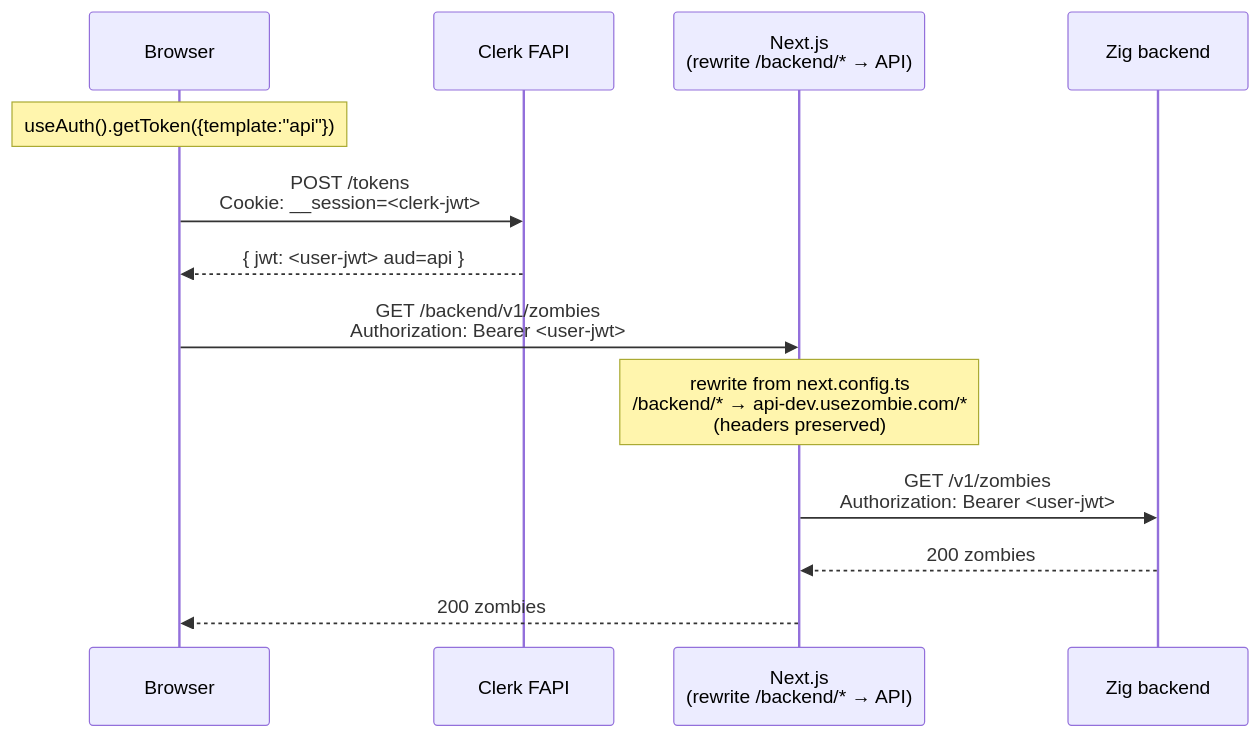
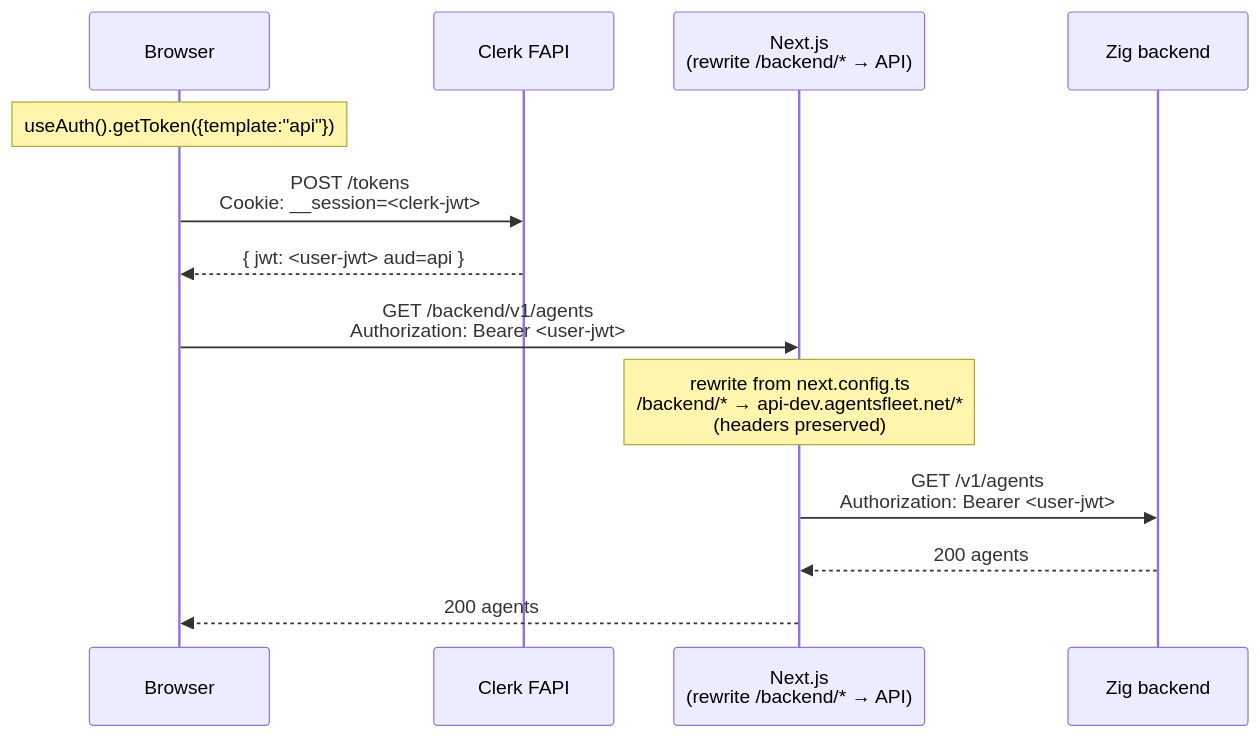
Before and after one commit to agentsfleet/agentsfleet: the second of 9 diagrams in docs/AUTH.md, drawn with Mermaid. The commit also changed other lines of this file and 209 other files, not shown here.

````diff
--- a/docs/AUTH.md
+++ b/docs/AUTH.md
@@ -156,17 +156,17 @@
 ```mermaid
 sequenceDiagram
     participant Browser
     participant Clerk as Clerk FAPI
     participant Next as Next.js<br/>(rewrite /backend/* → API)
     participant API as Zig backend
 
     Note over Browser: useAuth().getToken({template:"api"})
     Browser->>Clerk: POST /tokens<br/>Cookie: __session=<clerk-jwt>
     Clerk-->>Browser: { jwt: <user-jwt> aud=api }
 
-    Browser->>Next: GET /backend/v1/zombies<br/>Authorization: Bearer <user-jwt>
-    Note over Next: rewrite from next.config.ts<br/>/backend/* → api-dev.usezombie.com/*<br/>(headers preserved)
-    Next->>API: GET /v1/zombies<br/>Authorization: Bearer <user-jwt>
-    API-->>Next: 200 zombies
-    Next-->>Browser: 200 zombies
+    Browser->>Next: GET /backend/v1/agents<br/>Authorization: Bearer <user-jwt>
+    Note over Next: rewrite from next.config.ts<br/>/backend/* → api-dev.agentsfleet.net/*<br/>(headers preserved)
+    Next->>API: GET /v1/agents<br/>Authorization: Bearer <user-jwt>
+    API-->>Next: 200 agents
+    Next-->>Browser: 200 agents
 ```
````
